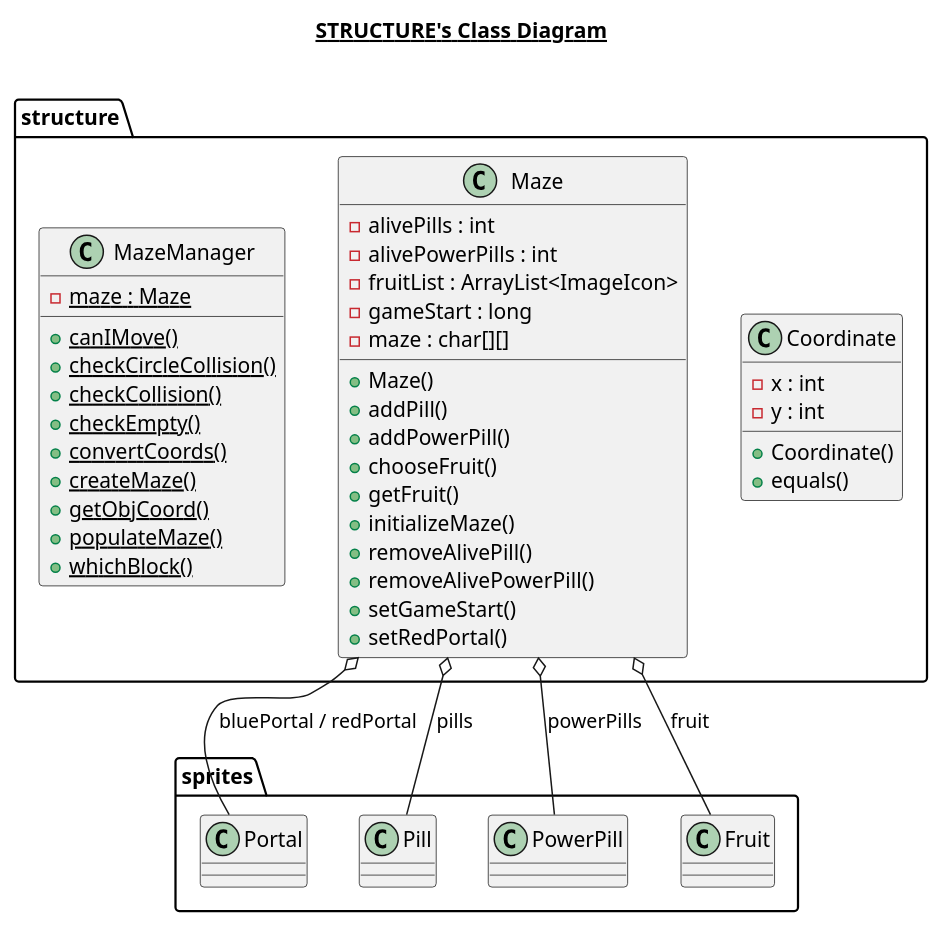
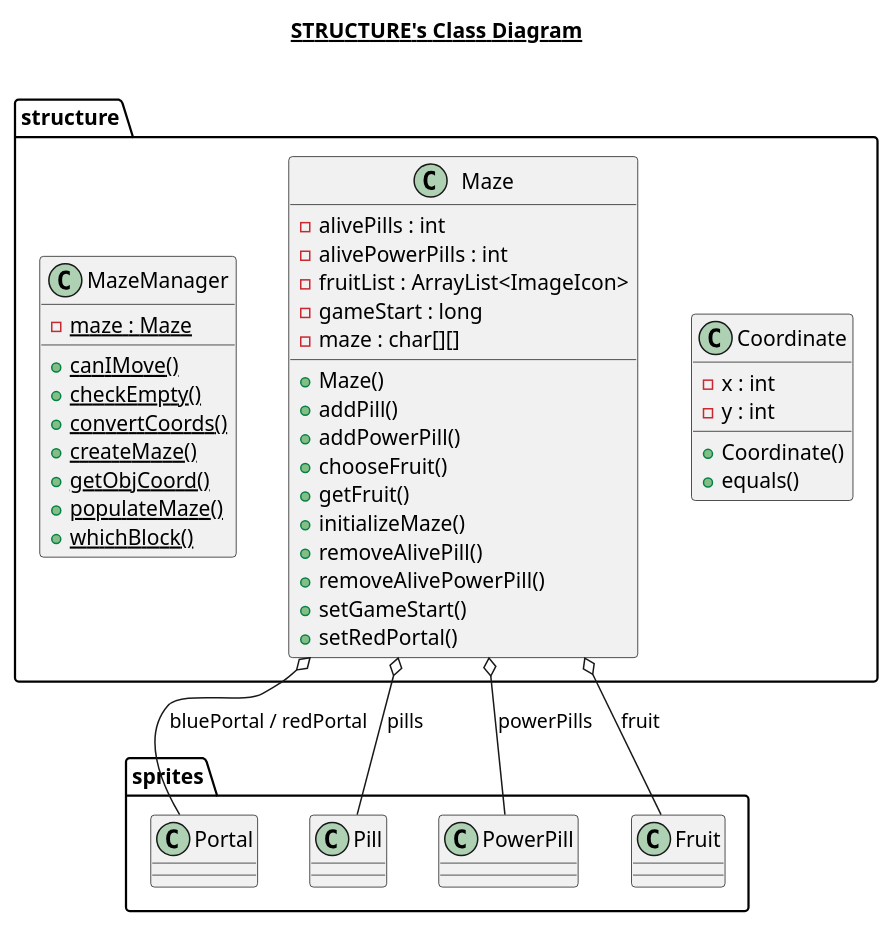
One commit to frnocentini/jpacman changed the diagram in out/production/JPacman/structure/structure.plantuml. Above: the diagram before and after it, drawn with PlantUML. The commit also changed 29 other files, not shown here.

```diff
--- a/out/production/JPacman/structure/structure.plantuml
+++ b/out/production/JPacman/structure/structure.plantuml
@@ -1,51 +1,49 @@
 @startuml
 
 title __STRUCTURE's Class Diagram__\n
 
   namespace structure {
       class structure.Coordinate {
           - x : int
           - y : int
           + Coordinate()
           + equals()
       }
       class structure.Maze {
           - alivePills : int
           - alivePowerPills : int
           - fruitList : ArrayList<ImageIcon>
           - gameStart : long
           - maze : char[][]
           + Maze()
           + addPill()
           + addPowerPill()
           + chooseFruit()
           + getFruit()
           + initializeMaze()
           + removeAlivePill()
           + removeAlivePowerPill()
           + setGameStart()
           + setRedPortal()
       }
       class structure.MazeManager {
           {static} - maze : Maze
           {static} + canIMove()
-          {static} + checkCircleCollision()
-          {static} + checkCollision()
           {static} + checkEmpty()
           {static} + convertCoords()
           {static} + createMaze()
           {static} + getObjCoord()
           {static} + populateMaze()
           {static} + whichBlock()
       }
     }
   
 
   structure.Maze o-- sprites.Portal : bluePortal / redPortal
   structure.Maze o-- sprites.Pill : pills
   structure.Maze o-- sprites.PowerPill : powerPills
   structure.Maze o-- sprites.Fruit : fruit
 
 
 
 @enduml
```
